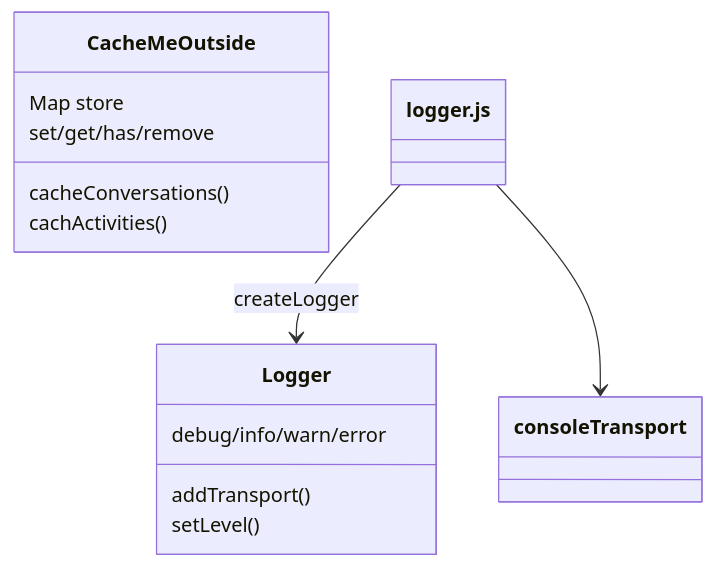
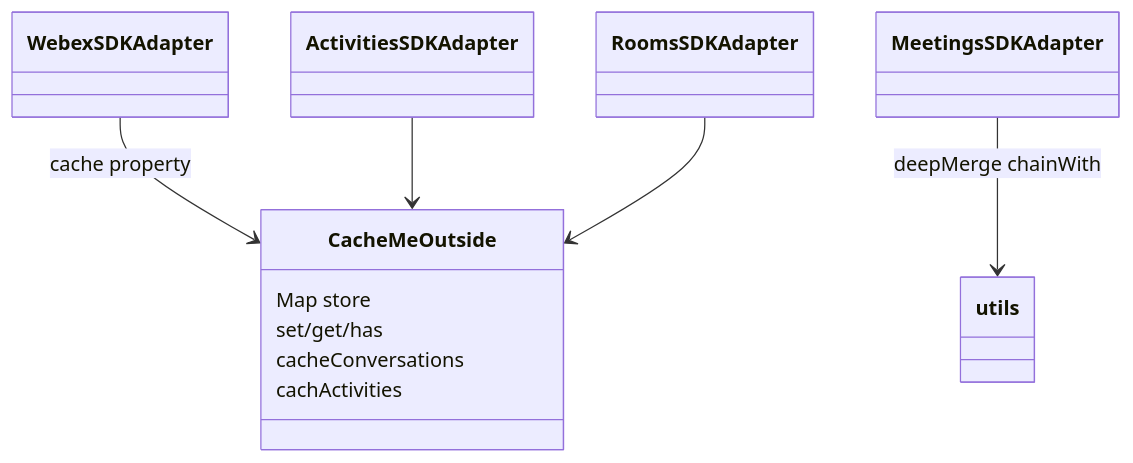
Before and after one commit to webex/sdk-component-adapter: the fourth of 4 diagrams in src/ai-docs/shared-utilities-spec.md, drawn with Mermaid. The commit also changed other lines of this file and 13 other files, not shown here.

````diff
--- a/src/ai-docs/shared-utilities-spec.md
+++ b/src/ai-docs/shared-utilities-spec.md
@@ -142,16 +160,13 @@
 ```mermaid
 classDiagram
   class CacheMeOutside {
     Map store
-    set/get/has/remove
-    cacheConversations()
-    cachActivities()
+    set/get/has
+    cacheConversations
+    cachActivities
   }
-  class Logger {
-    addTransport()
-    setLevel()
-    debug/info/warn/error
-  }
-  logger.js --> Logger : createLogger
-  logger.js --> consoleTransport
+  WebexSDKAdapter --> CacheMeOutside : cache property
+  ActivitiesSDKAdapter --> CacheMeOutside
+  RoomsSDKAdapter --> CacheMeOutside
+  MeetingsSDKAdapter --> utils : deepMerge chainWith
 ```
````
